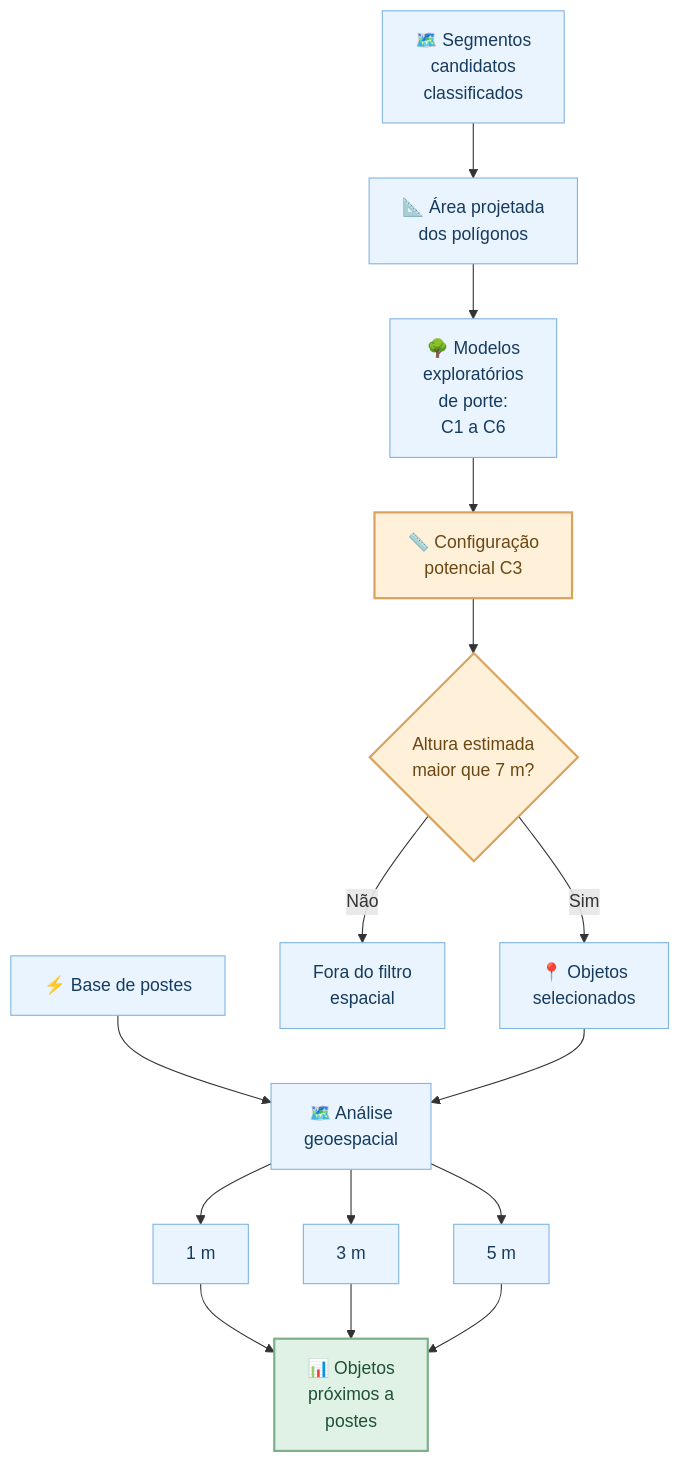
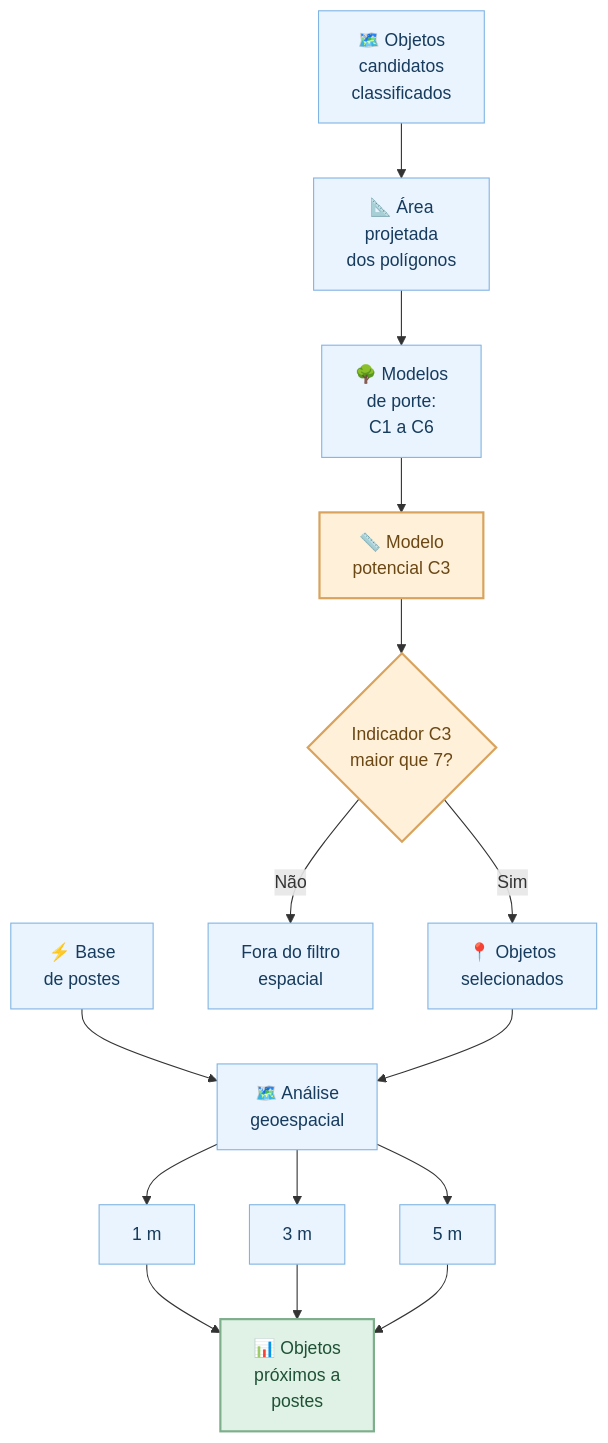
One commit to BrenoBragaGalvao/mestrado-arvores-urbanas changed the second of 4 diagrams in README.md. Above: the diagram before and after it, drawn with Mermaid. The commit also changed other lines of this file, not shown here.

Commit message:
docs(readme): apresentar dados antes dos fluxos e explicar passo a passo os diagramas do codigo

````diff
--- a/README.md
+++ b/README.md
@@ -76,24 +154,24 @@
 ```mermaid
 flowchart TD
-    A["🗺️ Segmentos<br/>candidatos<br/>classificados"] --> B["📐 Área projetada<br/>dos polígonos"]
-    B --> C["🌳 Modelos<br/>exploratórios<br/>de porte:<br/>C1 a C6"]
-    C --> D["📏 Configuração<br/>potencial C3"]
-    D --> E{"Altura estimada<br/>maior que 7 m?"}
+    A["🗺️ Objetos<br/>candidatos<br/>classificados"] --> B["📐 Área<br/>projetada<br/>dos polígonos"]
+    B --> C["🌳 Modelos<br/>de porte:<br/>C1 a C6"]
+    C --> D["📏 Modelo<br/>potencial C3"]
+    D --> E{"Indicador C3<br/>maior que 7?"}
     E -->|Sim| F["📍 Objetos<br/>selecionados"]
     E -->|Não| G["Fora do filtro<br/>espacial"]
-    H["⚡ Base de postes"] --> I["🗺️ Análise<br/>geoespacial"]
+    H["⚡ Base<br/>de postes"] --> I["🗺️ Análise<br/>geoespacial"]
     F --> I
     I --> J["1 m"]
     I --> K["3 m"]
     I --> L["5 m"]
     J --> M["📊 Objetos<br/>próximos a<br/>postes"]
     K --> M
     L --> M
 
     classDef etapa fill:#eaf4ff,stroke:#80b4e2,color:#163b5d,stroke-width:1px;
     classDef principal fill:#fff0d9,stroke:#d9a25d,color:#6b4714,stroke-width:2px;
     classDef saida fill:#e0f2e5,stroke:#7daf8b,color:#1e5135,stroke-width:2px;
     class A,B,C,F,G,H,I,J,K,L etapa;
     class D,E principal;
     class M saida;
 ```
````
